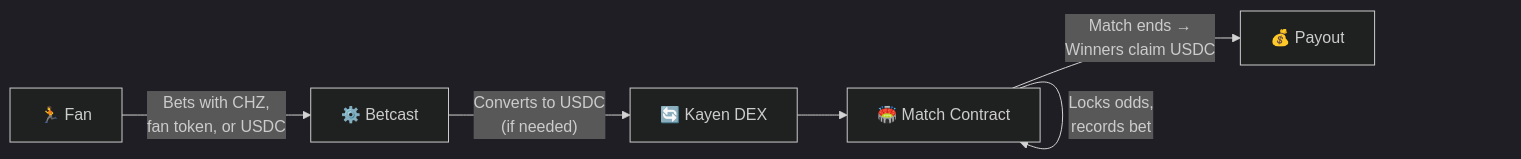
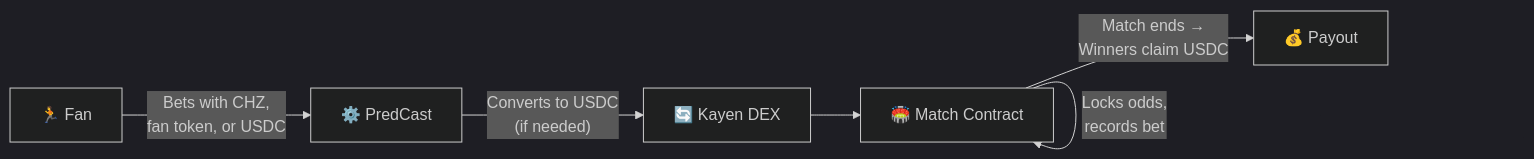
Before and after one commit to ChilizTV/chiliztv.com: the first of 3 diagrams in apps/smart-contracts/FUNCTIONAL_DOCUMENTATION.md, drawn with Mermaid (dark theme). The commit also changed other lines of this file and 42 other files, not shown here.

````diff
--- a/apps/smart-contracts/FUNCTIONAL_DOCUMENTATION.md
+++ b/apps/smart-contracts/FUNCTIONAL_DOCUMENTATION.md
@@ -112,8 +112,8 @@
 ```mermaid
 flowchart LR
-    User["🏃 Fan"] -->|"Bets with CHZ,\nfan token, or USDC"| Platform["⚙️ Betcast"]
+    User["🏃 Fan"] -->|"Bets with CHZ,\nfan token, or USDC"| Platform["⚙️ PredCast"]
     Platform -->|"Converts to USDC\n(if needed)"| DEX["🔄 Kayen DEX"]
     DEX --> Match["🏟️ Match Contract"]
     Match -->|"Locks odds,\nrecords bet"| Match
     Match -->|"Match ends →\nWinners claim USDC"| Winner["💰 Payout"]
 ```
````
